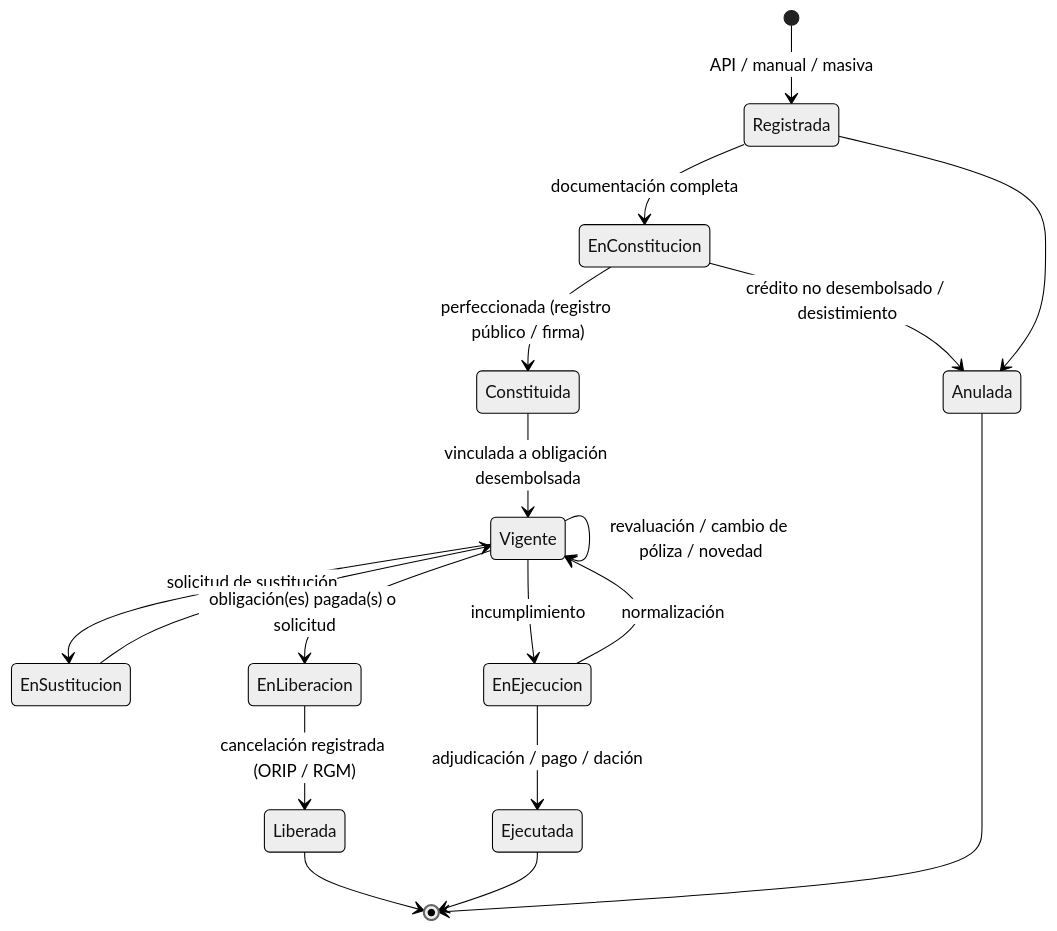
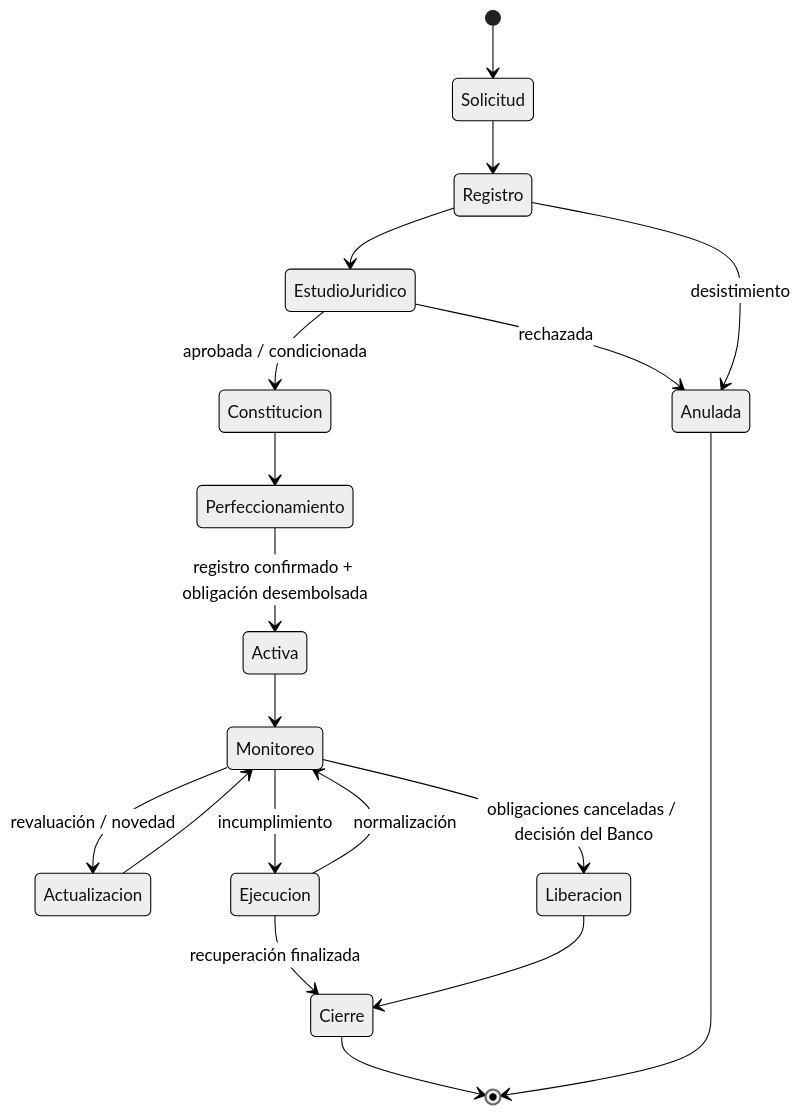
One commit to genesis-247/garantias-backend changed the second of 3 diagrams in docs/especificacion/ESPECIFICACION_FUNCIONAL.md. Above: the diagram before and after it, drawn with Mermaid (neutral theme). The commit also changed other lines of this file and 3 other files, not shown here.

````diff
--- a/docs/especificacion/ESPECIFICACION_FUNCIONAL.md
+++ b/docs/especificacion/ESPECIFICACION_FUNCIONAL.md
@@ -214,20 +248,21 @@
 ```mermaid
 stateDiagram-v2
-  [*] --> Registrada: API / manual / masiva
-  Registrada --> EnConstitucion: documentación completa
-  EnConstitucion --> Constituida: perfeccionada (registro público / firma)
-  EnConstitucion --> Anulada: crédito no desembolsado / desistimiento
-  Registrada --> Anulada
-  Constituida --> Vigente: vinculada a obligación desembolsada
-  Vigente --> Vigente: revaluación / cambio de póliza / novedad
-  Vigente --> EnSustitucion: solicitud de sustitución
-  EnSustitucion --> Vigente
-  Vigente --> EnLiberacion: obligación(es) pagada(s) o solicitud
-  EnLiberacion --> Liberada: cancelación registrada (ORIP / RGM)
-  Vigente --> EnEjecucion: incumplimiento
-  EnEjecucion --> Ejecutada: adjudicación / pago / dación
-  EnEjecucion --> Vigente: normalización
-  Liberada --> [*]
-  Ejecutada --> [*]
+  [*] --> Solicitud
+  Solicitud --> Registro
+  Registro --> EstudioJuridico
+  EstudioJuridico --> Constitucion: aprobada / condicionada
+  EstudioJuridico --> Anulada: rechazada
+  Constitucion --> Perfeccionamiento
+  Perfeccionamiento --> Activa: registro confirmado + obligación desembolsada
+  Activa --> Monitoreo
+  Monitoreo --> Actualizacion: revaluación / novedad
+  Actualizacion --> Monitoreo
+  Monitoreo --> Ejecucion: incumplimiento
+  Ejecucion --> Monitoreo: normalización
+  Ejecucion --> Cierre: recuperación finalizada
+  Monitoreo --> Liberacion: obligaciones canceladas / decisión del Banco
+  Liberacion --> Cierre
+  Registro --> Anulada: desistimiento
+  Cierre --> [*]
   Anulada --> [*]
 ```
````
